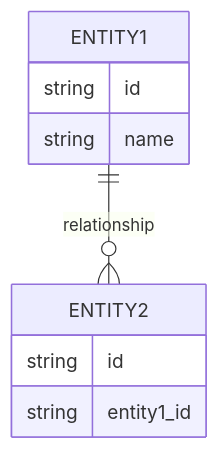
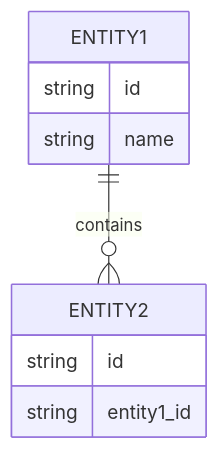
One commit to xincheng213618/OpenDeepWiki changed the fourth of 10 diagrams in src/KoalaWiki/Prompts/Warehouse/GenerateDocsFrameworks.md. Above: the diagram before and after it, drawn with Mermaid. The commit also changed other lines of this file and 14 other files, not shown here.

````diff
--- a/src/KoalaWiki/Prompts/Warehouse/GenerateDocsFrameworks.md
+++ b/src/KoalaWiki/Prompts/Warehouse/GenerateDocsFrameworks.md
@@ -156,12 +134,12 @@
 ```mermaid
 erDiagram
-  ENTITY1 ||--o{ ENTITY2 : relationship
-  ENTITY1 {
-    string id
-    string name
-  }
-  ENTITY2 {
-    string id
-    string entity1_id
-  }
+    ENTITY1 ||--o{ ENTITY2 : contains
+    ENTITY1 {
+        string id
+        string name
+    }
+    ENTITY2 {
+        string id
+        string entity1_id
+    }
 ```
````
